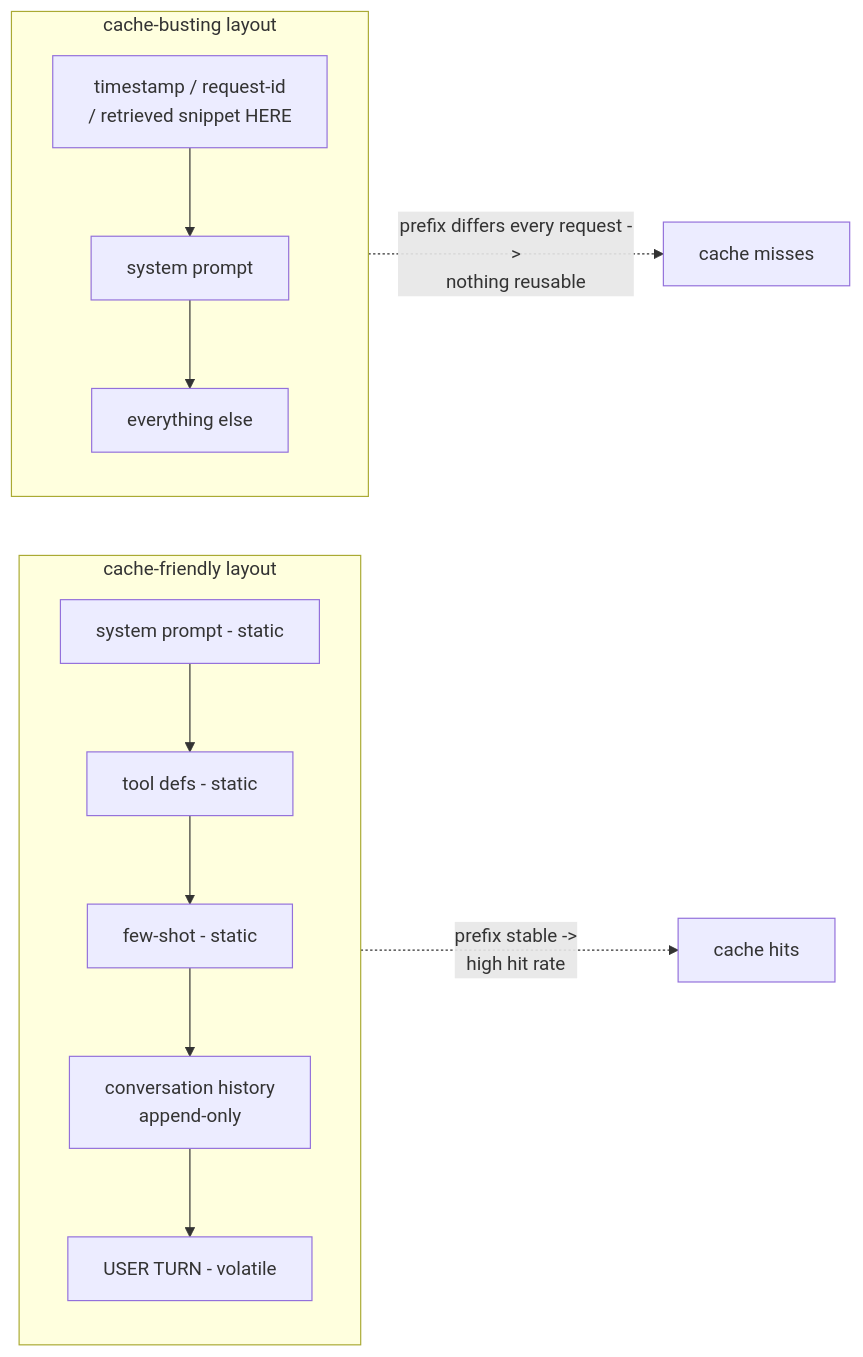
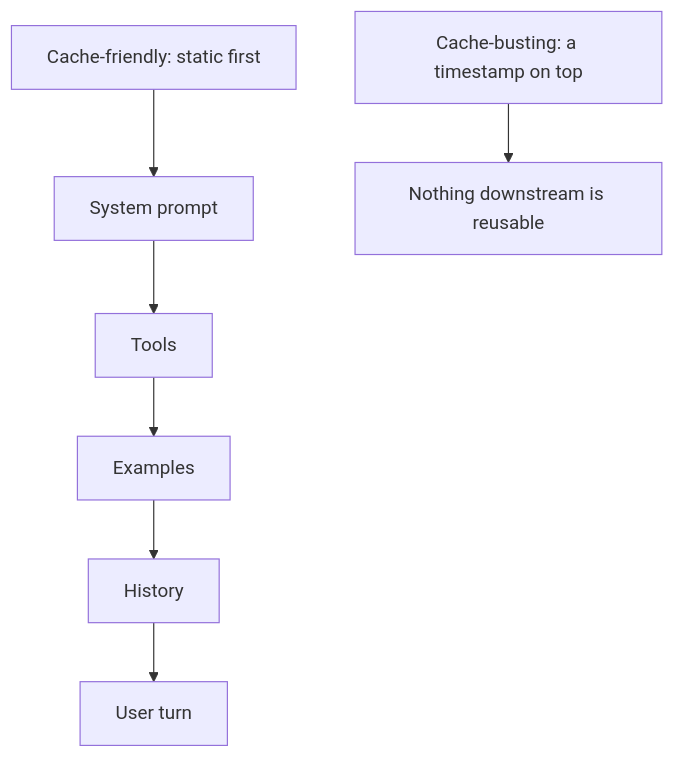
Before and after one commit to ashimsharma10/ashimsharma10.github.io: diagram 11 of 11 in data/blog/ai-engineers-swiss-knife.mdx, drawn with Mermaid. The commit also changed other lines of this file and 3 other files, not shown here.

Commit message:
Simplify Swiss Knife write-up: plain prose, no dashes, readable flowcharts, less code

````diff
--- a/data/blog/ai-engineers-swiss-knife.mdx
+++ b/data/blog/ai-engineers-swiss-knife.mdx
@@ -1194,14 +1046,5 @@
 ```mermaid
-flowchart LR
-    subgraph GOOD[cache-friendly layout]
-      direction TB
-      G1[system prompt - static] --> G2[tool defs - static]
-      G2 --> G3[few-shot - static] --> G4[conversation history\nappend-only] --> G5[USER TURN - volatile]
-    end
-    subgraph BAD[cache-busting layout]
-      direction TB
-      B1["timestamp / request-id\n/ retrieved snippet HERE"] --> B2[system prompt] --> B3[everything else]
-    end
-    GOOD -.->|prefix stable ->\nhigh hit rate| HIT[cache hits]
-    BAD -.->|prefix differs every request ->\nnothing reusable| MISS[cache misses]
+flowchart TD
+    G[Cache-friendly: static first] --> G1[System prompt] --> G2[Tools] --> G3[Examples] --> G4[History] --> G5[User turn]
+    B[Cache-busting: a timestamp on top] --> B1[Nothing downstream is reusable]
 ```
````
